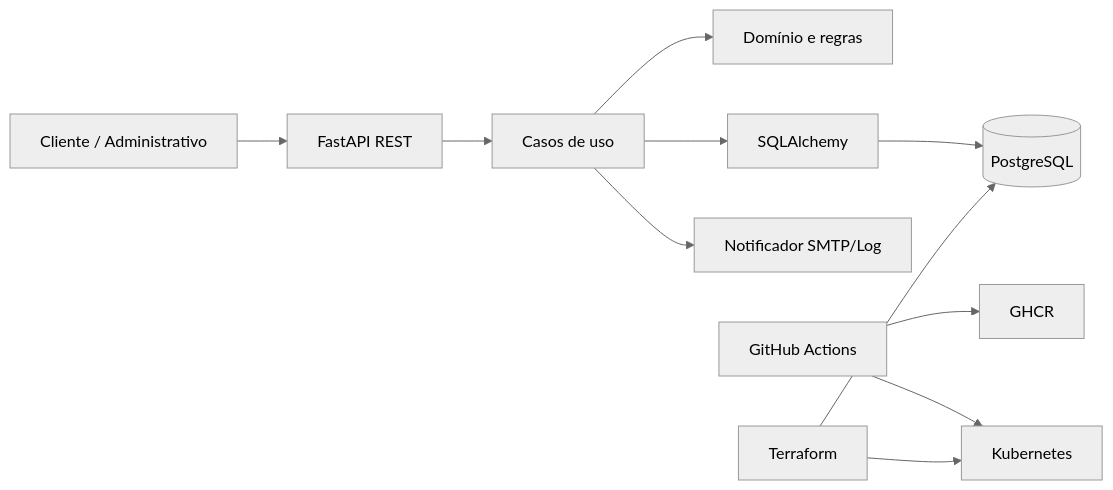
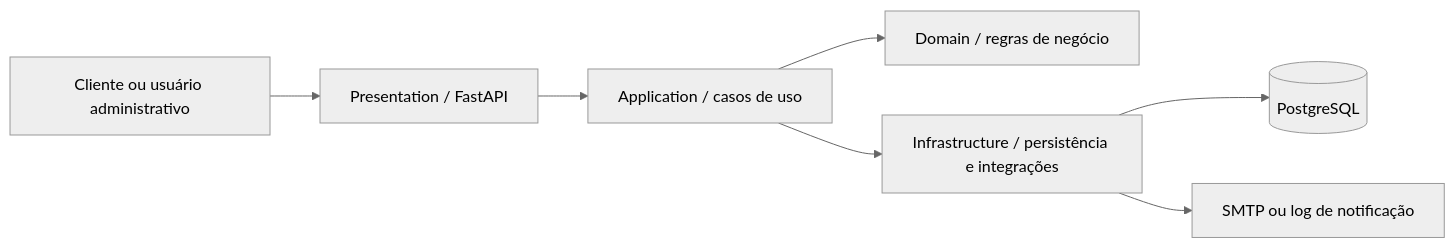
One commit to YasminLuna/fiap_cha changed the first of 2 diagrams in docs/ARCHITECTURE.md. Above: the diagram before and after it, drawn with Mermaid (neutral theme). The commit also changed other lines of this file and 5 other files, not shown here.

Commit message:
refactor: evolui aplicação para Clean Architecture

````diff
--- a/docs/ARCHITECTURE.md
+++ b/docs/ARCHITECTURE.md
@@ -7,13 +9,9 @@
 ```mermaid
 flowchart LR
-  C[Cliente / Administrativo] --> API[FastAPI REST]
-  API --> UC[Casos de uso]
-  UC --> D[Domínio e regras]
-  UC --> R[SQLAlchemy]
-  R --> DB[(PostgreSQL)]
-  UC --> N[Notificador SMTP/Log]
-  GH[GitHub Actions] --> REG[GHCR]
-  GH --> K8S[Kubernetes]
-  TF[Terraform] --> K8S
-  TF --> DB
+    U[Cliente ou usuário administrativo] --> P[Presentation / FastAPI]
+    P --> A[Application / casos de uso]
+    A --> D[Domain / regras de negócio]
+    A --> I[Infrastructure / persistência e integrações]
+    I --> DB[(PostgreSQL)]
+    I --> N[SMTP ou log de notificação]
 ```
````
